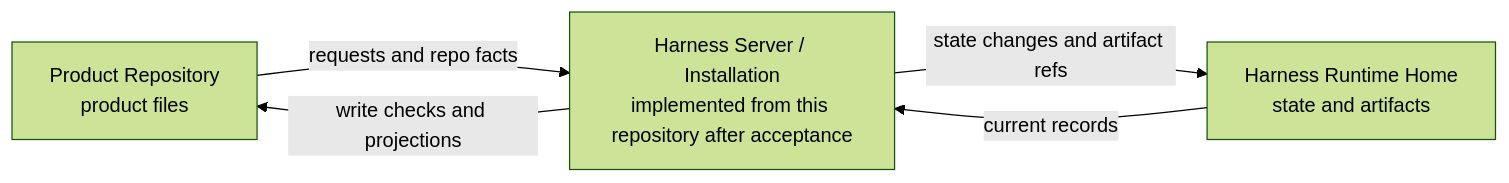
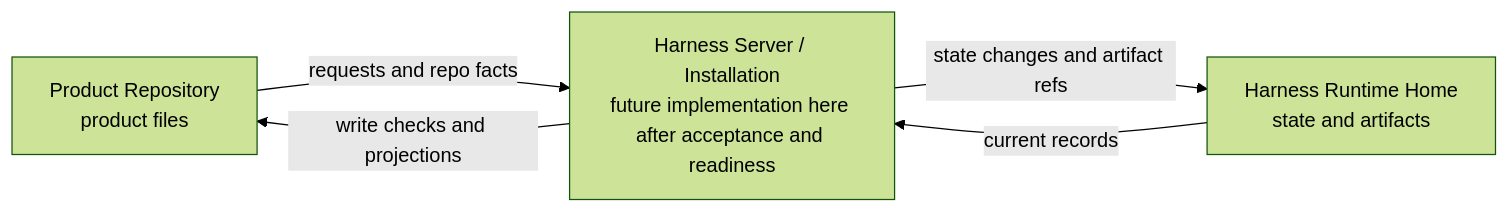
Before and after one commit to minjungw00/Harness_Project: the first of 2 diagrams in docs/en/reference/runtime-architecture.md, drawn with Mermaid (forest theme). The commit also changed 45 other files, not shown here.

Commit message:
docs: separate documentation acceptance from implementation readiness

````diff
--- a/docs/en/reference/runtime-architecture.md
+++ b/docs/en/reference/runtime-architecture.md
@@ -70,11 +70,11 @@
 ```mermaid
 flowchart LR
   Repo["Product Repository<br/>product files"]
-  Server["Harness Server / Installation<br/>implemented from this repository after acceptance"]
+  Server["Harness Server / Installation<br/>future implementation here after acceptance and readiness"]
   Home["Harness Runtime Home<br/>state and artifacts"]
 
   Repo -->|requests and repo facts| Server
   Server -->|write checks and projections| Repo
   Server -->|state changes and artifact refs| Home
   Home -->|current records| Server
 ```
````
